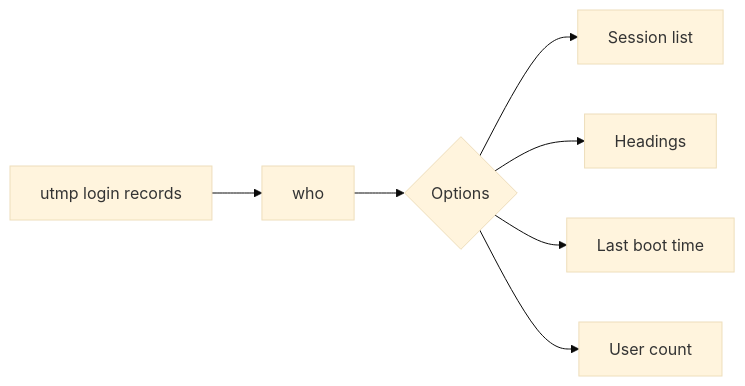
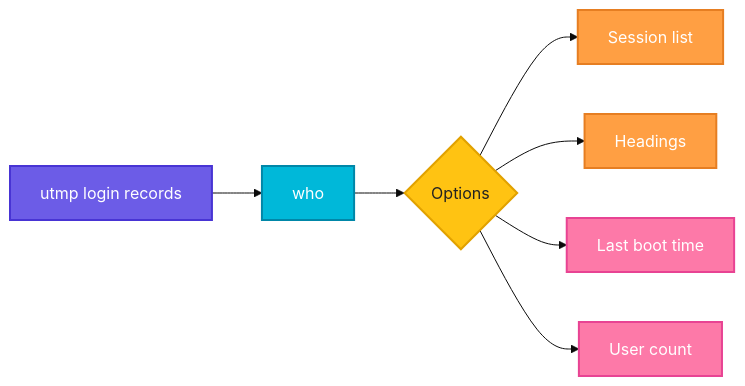
One commit to codeKerdosTech/DevOps-Documentation changed the diagram in linux/user-management/who.md. Above: the diagram before and after it, drawn with Mermaid (base theme). The commit also changed 16 other files, not shown here.

````diff
--- a/linux/user-management/who.md
+++ b/linux/user-management/who.md
@@ -15,9 +15,21 @@
 ```mermaid
 flowchart LR
     A[utmp login records] --> B[who]
     B --> C{Options}
     C --> D[Session list]
     C --> E[Headings]
     C --> F[Last boot time]
     C --> G[User count]
+    classDef start fill:#6C5CE7,stroke:#4834D4,stroke-width:2px,color:#fff
+    classDef proc fill:#00B8D9,stroke:#0087A8,stroke-width:2px,color:#fff
+    classDef dec fill:#FFC312,stroke:#E1A100,stroke-width:2px,color:#222
+    classDef ok fill:#2ECC71,stroke:#1E8449,stroke-width:2px,color:#fff
+    classDef err fill:#FF4757,stroke:#C0392B,stroke-width:2px,color:#fff
+    classDef out fill:#FD79A8,stroke:#E84393,stroke-width:2px,color:#fff
+    classDef alt fill:#FF9F43,stroke:#E67E22,stroke-width:2px,color:#fff
+    class A start
+    class B proc
+    class C dec
+    class D,E alt
+    class F,G out
 ```
````
